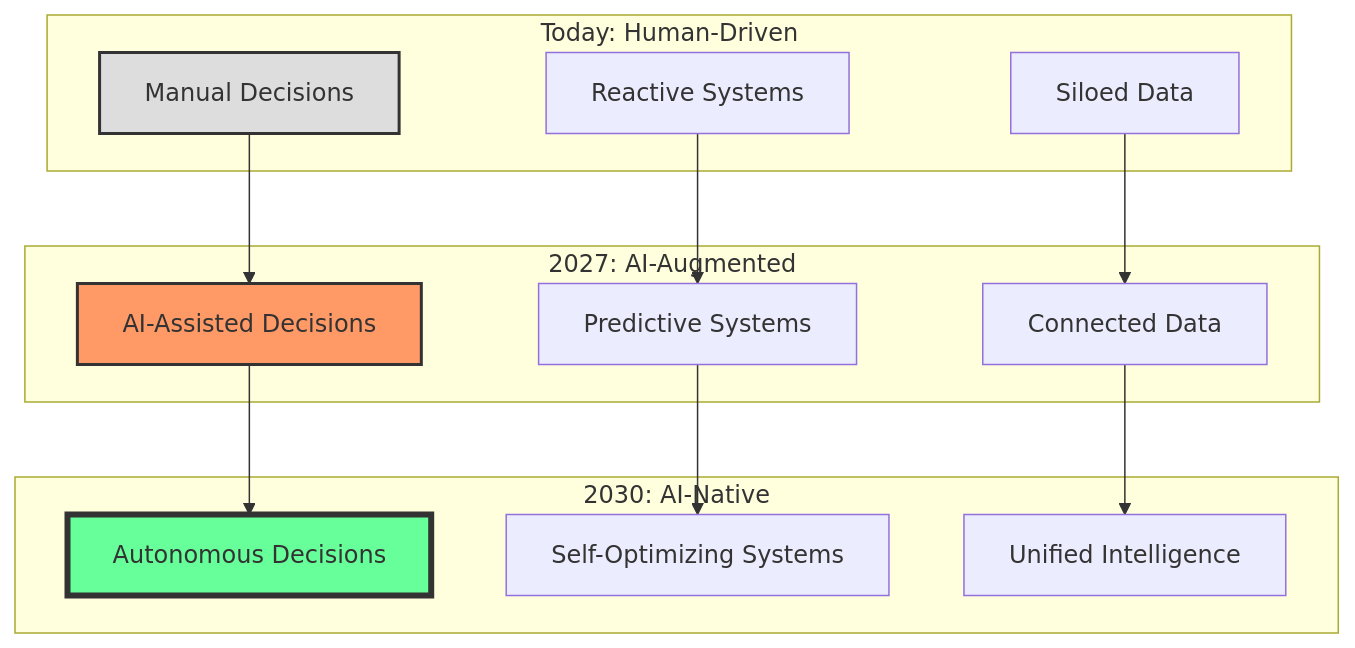
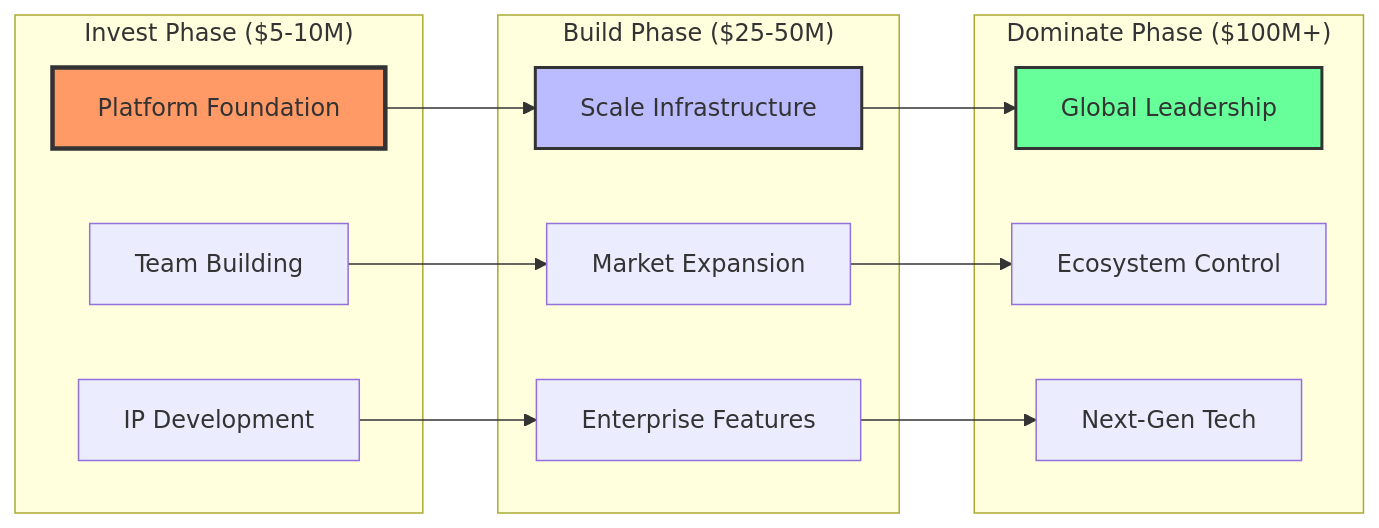
Before and after one commit to felipepimentel/my-public-notes: the ninth of 10 diagrams in docs/AI/Comunicação/MCP/16-mcp-analise preditiva.md, drawn with Mermaid. The commit also changed other lines of this file and 2 other files, not shown here.

````diff
--- a/docs/AI/Comunicação/MCP/16-mcp-analise preditiva.md
+++ b/docs/AI/Comunicação/MCP/16-mcp-analise preditiva.md
@@ -737,28 +370,28 @@
 ```mermaid
-graph TD
-    subgraph "Today: Human-Driven"
-        T1[Manual Decisions]
-        T2[Reactive Systems]
-        T3[Siloed Data]
+graph LR
+    subgraph "Invest Phase ($5-10M)"
+        I1[Platform Foundation]
+        I2[Team Building]
+        I3[IP Development]
     end
     
-    subgraph "2027: AI-Augmented"
-        M1[AI-Assisted Decisions]
-        M2[Predictive Systems]
-        M3[Connected Data]
+    subgraph "Build Phase ($25-50M)"
+        B1[Scale Infrastructure]
+        B2[Market Expansion]
+        B3[Enterprise Features]
     end
     
-    subgraph "2030: AI-Native"
-        F1[Autonomous Decisions]
-        F2[Self-Optimizing Systems]
-        F3[Unified Intelligence]
+    subgraph "Dominate Phase ($100M+)"
+        D1[Global Leadership]
+        D2[Ecosystem Control]
+        D3[Next-Gen Tech]
     end
     
-    T1 --> M1 --> F1
-    T2 --> M2 --> F2
-    T3 --> M3 --> F3
+    I1 --> B1 --> D1
+    I2 --> B2 --> D2
+    I3 --> B3 --> D3
     
-    style T1 fill:#ddd,stroke:#333,stroke-width:2px
-    style M1 fill:#f96,stroke:#333,stroke-width:2px
-    style F1 fill:#6f9,stroke:#333,stroke-width:4px
+    style I1 fill:#f96,stroke:#333,stroke-width:3px
+    style B1 fill:#bbf,stroke:#333,stroke-width:2px
+    style D1 fill:#6f9,stroke:#333,stroke-width:2px
 ```
````
